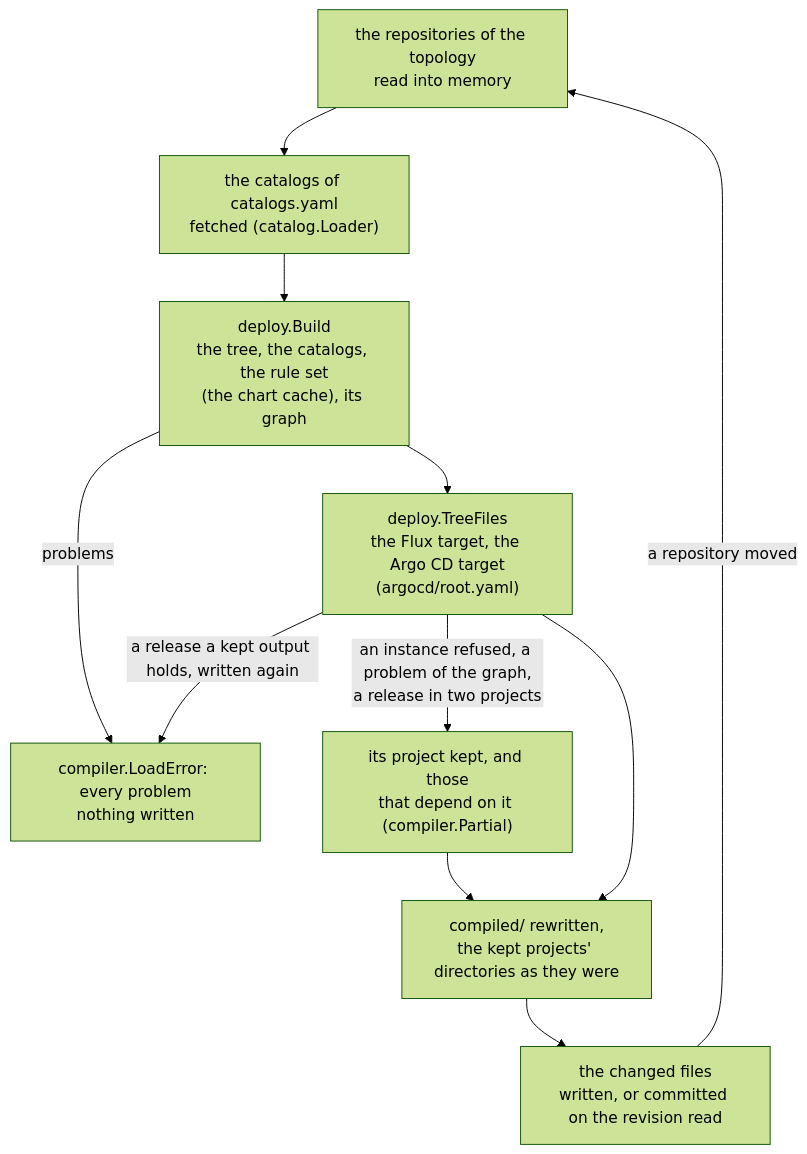
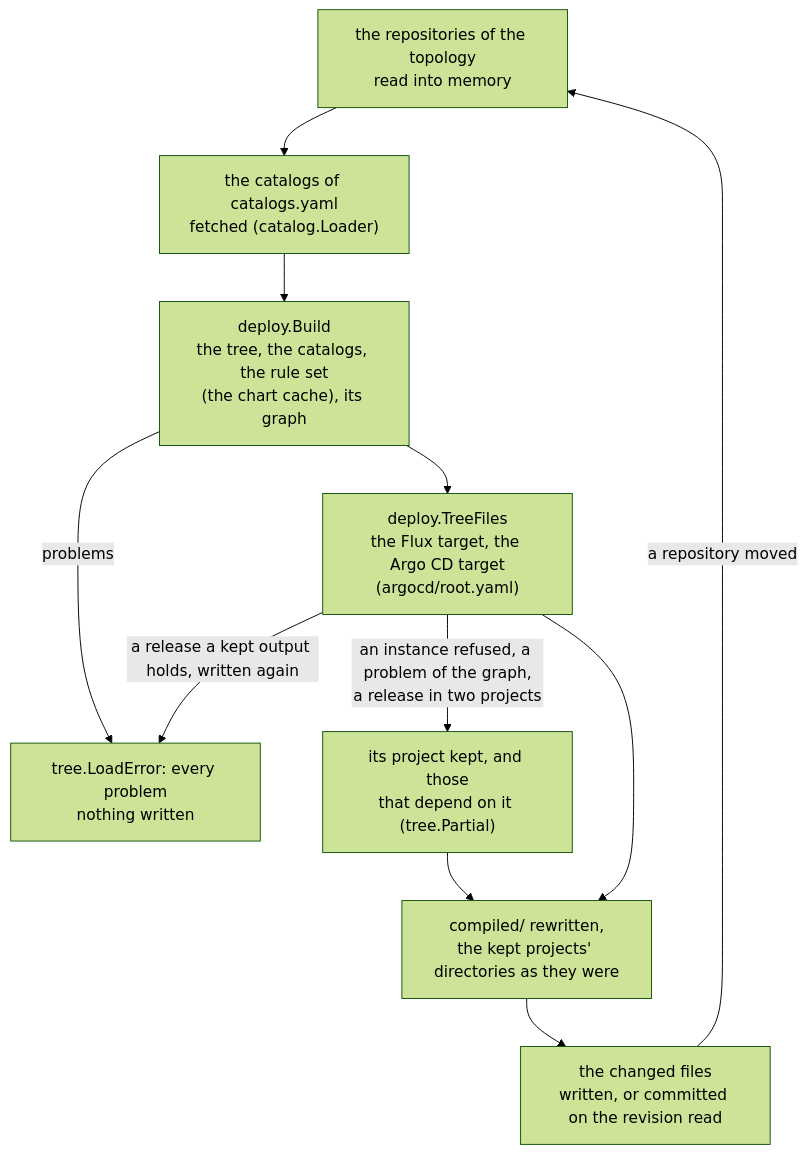
The second of 2 diagrams in docs/00_architecture.md (OKDP/okdp-compiler-gitops), drawn with Mermaid (forest theme) before and after one commit. The commit also changed other lines of this file and 65 other files, not shown here.

Commit message:
refactor!: the tree okdp-gitops' (package tree): its loading, compile, graph and catalogs.yaml moved from okdp-compiler, the packages and contracts read through compiler.LoadCatalog

````diff
--- a/docs/00_architecture.md
+++ b/docs/00_architecture.md
@@ -99,13 +100,13 @@
 ```mermaid
 flowchart TD
   read["the repositories of the topology<br/>read into memory"] --> cats["the catalogs of catalogs.yaml<br/>fetched (catalog.Loader)"]
   cats --> load["deploy.Build<br/>the tree, the catalogs, the rule set<br/>(the chart cache), its graph"]
-  load -- problems --> fail["compiler.LoadError: every problem<br/>nothing written"]
+  load -- problems --> fail["tree.LoadError: every problem<br/>nothing written"]
   load --> files["deploy.TreeFiles<br/>the Flux target, the Argo CD target<br/>(argocd/root.yaml)"]
   files -- "a release a kept output holds, written again" --> fail
-  files -- "an instance refused, a problem of the graph,<br/>a release in two projects" --> kept["its project kept, and those<br/>that depend on it (compiler.Partial)"]
+  files -- "an instance refused, a problem of the graph,<br/>a release in two projects" --> kept["its project kept, and those<br/>that depend on it (tree.Partial)"]
   kept --> write
   files --> write["compiled/ rewritten,<br/>the kept projects' directories as they were"]
   write --> diff["the changed files<br/>written, or committed on the revision read"]
   diff -- "a repository moved" --> read
 ```
````
